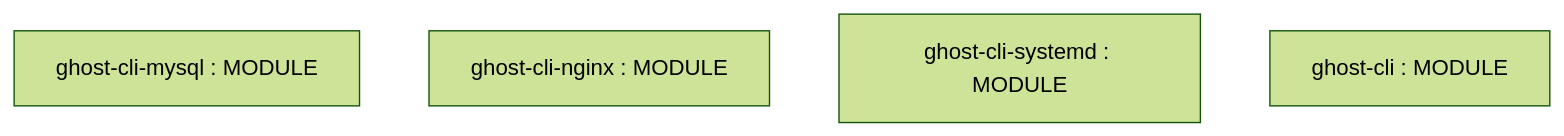
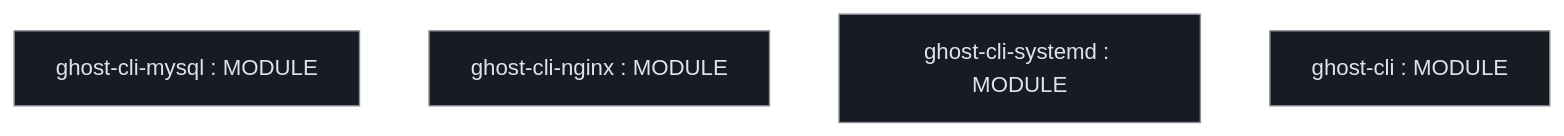
Before and after one commit to kumarshaz/atruss-code-atlas: the first of 2 diagrams in exports/latest/reports/TryGhost-Ghost-CLI-report.md, drawn with Mermaid (forest theme). The commit also changed other lines of this file and 331 other files, not shown here.

Commit message:
docs,ui,fix: update SDLC docs, reorder CI/CD DAG first, stylize Mermaid, and fix Arc42 pipeline topology

````diff
--- a/exports/latest/reports/TryGhost-Ghost-CLI-report.md
+++ b/exports/latest/reports/TryGhost-Ghost-CLI-report.md
@@ -42,7 +42,14 @@
 ```mermaid
 graph TD;
-    ghost_cli_mysql["ghost-cli-mysql : MODULE"]
-    ghost_cli_nginx["ghost-cli-nginx : MODULE"]
-    ghost_cli_systemd["ghost-cli-systemd : MODULE"]
-    ghost_cli["ghost-cli : MODULE"]
+  classDef atlasRoot fill:#004882,stroke:#a3c9ff,stroke-width:2px,color:#d3e4ff
+  classDef atlasCategory fill:#212428,stroke:#E87A48,stroke-width:1.5px,color:#dfe3eb
+  classDef atlasWorkflow fill:#1b2026,stroke:#a3c9ff,stroke-width:1.5px,color:#dfe3eb
+  classDef atlasJob fill:#171c22,stroke:#8d9199,stroke-width:1px,color:#dfe3eb
+  classDef atlasTarget fill:#005227,stroke:#8bd99b,stroke-width:1.5px,color:#a7f6b6
+  classDef atlasAlert fill:#93000a,stroke:#ffb4ab,stroke-width:1.5px,color:#ffdad6
+  classDef atlasMore fill:#252a31,stroke:#8d9199,stroke-dasharray:4 4,color:#c3c6cf
+    ghost_cli_mysql["ghost-cli-mysql : MODULE"]:::atlasJob
+    ghost_cli_nginx["ghost-cli-nginx : MODULE"]:::atlasJob
+    ghost_cli_systemd["ghost-cli-systemd : MODULE"]:::atlasJob
+    ghost_cli["ghost-cli : MODULE"]:::atlasJob
 ```
````
